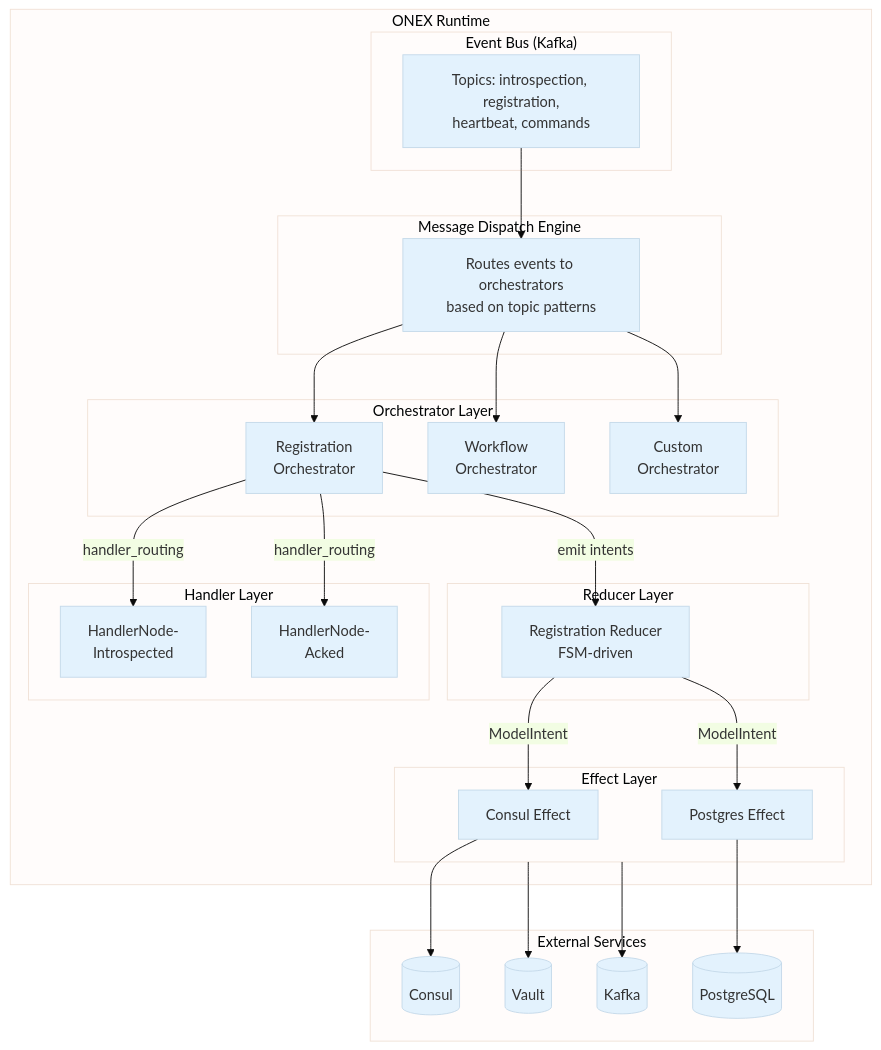
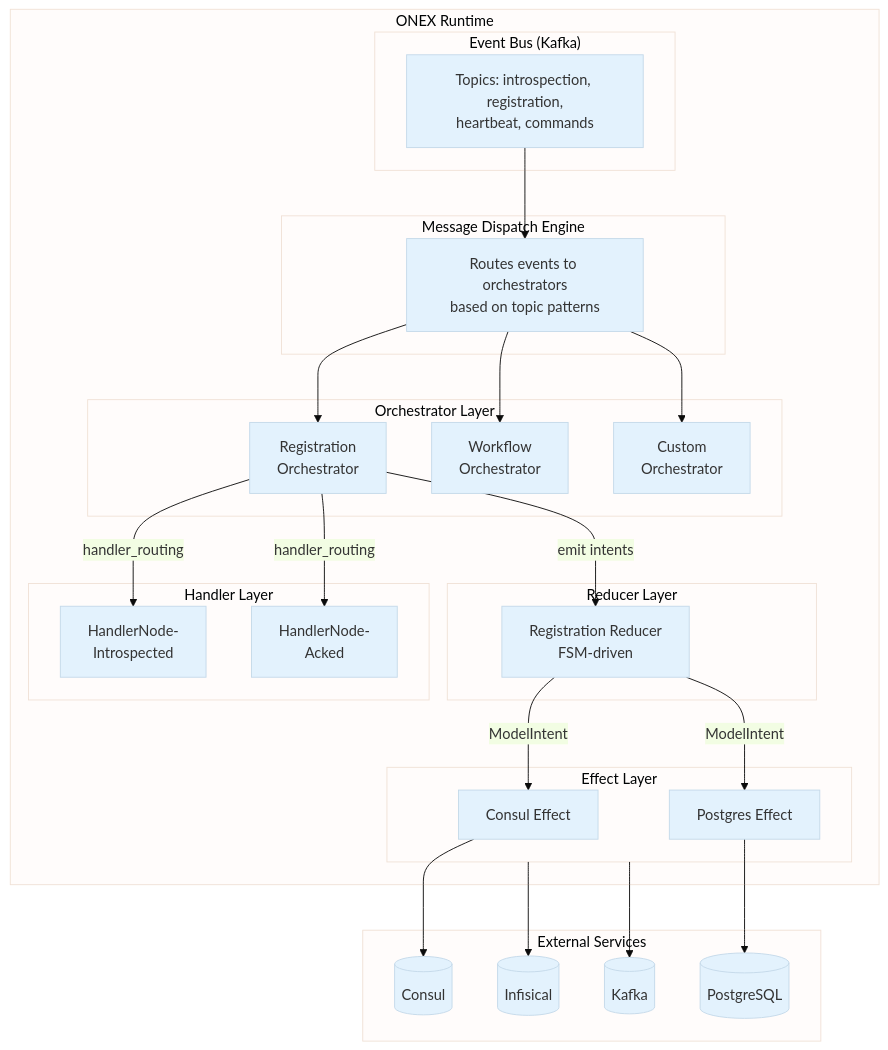
Before and after one commit to OmniNode-ai/omnibase_infra: the first of 5 diagrams in docs/architecture/overview.md, drawn with Mermaid. The commit also changed other lines of this file and 100 other files, not shown here.

````diff
--- a/docs/architecture/overview.md
+++ b/docs/architecture/overview.md
@@ -87,60 +87,60 @@
 ```mermaid
 %%{init: {'theme': 'base', 'themeVariables': { 'primaryColor': '#e3f2fd'}}}%%
 flowchart TB
     accTitle: ONEX Runtime System Architecture
-    accDescr: Complete system architecture diagram showing the ONEX runtime layers. Events flow from Kafka through the Message Dispatch Engine to Orchestrators, which route to Handlers and Reducers. Reducers emit Intents that are executed by Effect nodes, which interact with external services like Consul, PostgreSQL, Vault, and Kafka.
+    accDescr: Complete system architecture diagram showing the ONEX runtime layers. Events flow from Kafka through the Message Dispatch Engine to Orchestrators, which route to Handlers and Reducers. Reducers emit Intents that are executed by Effect nodes, which interact with external services like Consul, PostgreSQL, Infisical, and Kafka.
 
     subgraph ONEX["ONEX Runtime"]
         subgraph EventBus["Event Bus (Kafka)"]
             K[Topics: introspection, registration,<br/>heartbeat, commands]
         end
 
         subgraph Dispatch["Message Dispatch Engine"]
             MDE[Routes events to orchestrators<br/>based on topic patterns]
         end
 
         subgraph OrchestratorLayer["Orchestrator Layer"]
             REG_ORCH[Registration<br/>Orchestrator]
             WF_ORCH[Workflow<br/>Orchestrator]
             CUSTOM_ORCH[Custom<br/>Orchestrator]
         end
 
         subgraph HandlerLayer["Handler Layer"]
             H_INTRO[HandlerNode-<br/>Introspected]
             H_ACKED[HandlerNode-<br/>Acked]
         end
 
         subgraph ReducerLayer["Reducer Layer"]
             RED[Registration Reducer<br/>FSM-driven]
         end
 
         subgraph EffectLayer["Effect Layer"]
             CONSUL_EFF[Consul Effect]
             PG_EFF[Postgres Effect]
         end
     end
 
     subgraph External["External Services"]
         CONSUL[(Consul)]
         PG[(PostgreSQL)]
-        VAULT[(Vault)]
+        INFISICAL[(Infisical)]
         KAFKA[(Kafka)]
     end
 
     K --> MDE
     MDE --> REG_ORCH
     MDE --> WF_ORCH
     MDE --> CUSTOM_ORCH
 
     REG_ORCH -->|handler_routing| H_INTRO
     REG_ORCH -->|handler_routing| H_ACKED
     REG_ORCH -->|emit intents| RED
 
     RED -->|ModelIntent| CONSUL_EFF
     RED -->|ModelIntent| PG_EFF
 
     CONSUL_EFF --> CONSUL
     PG_EFF --> PG
-    EffectLayer --> VAULT
+    EffectLayer --> INFISICAL
     EffectLayer --> KAFKA
 ```
````
